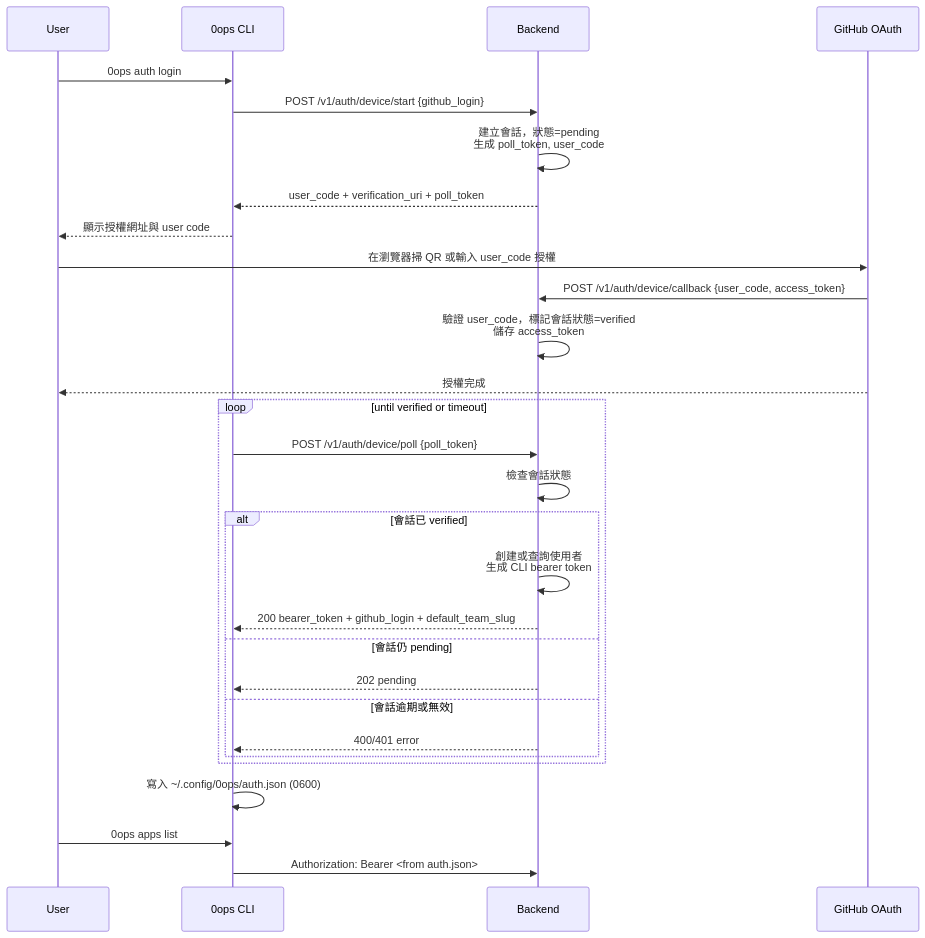
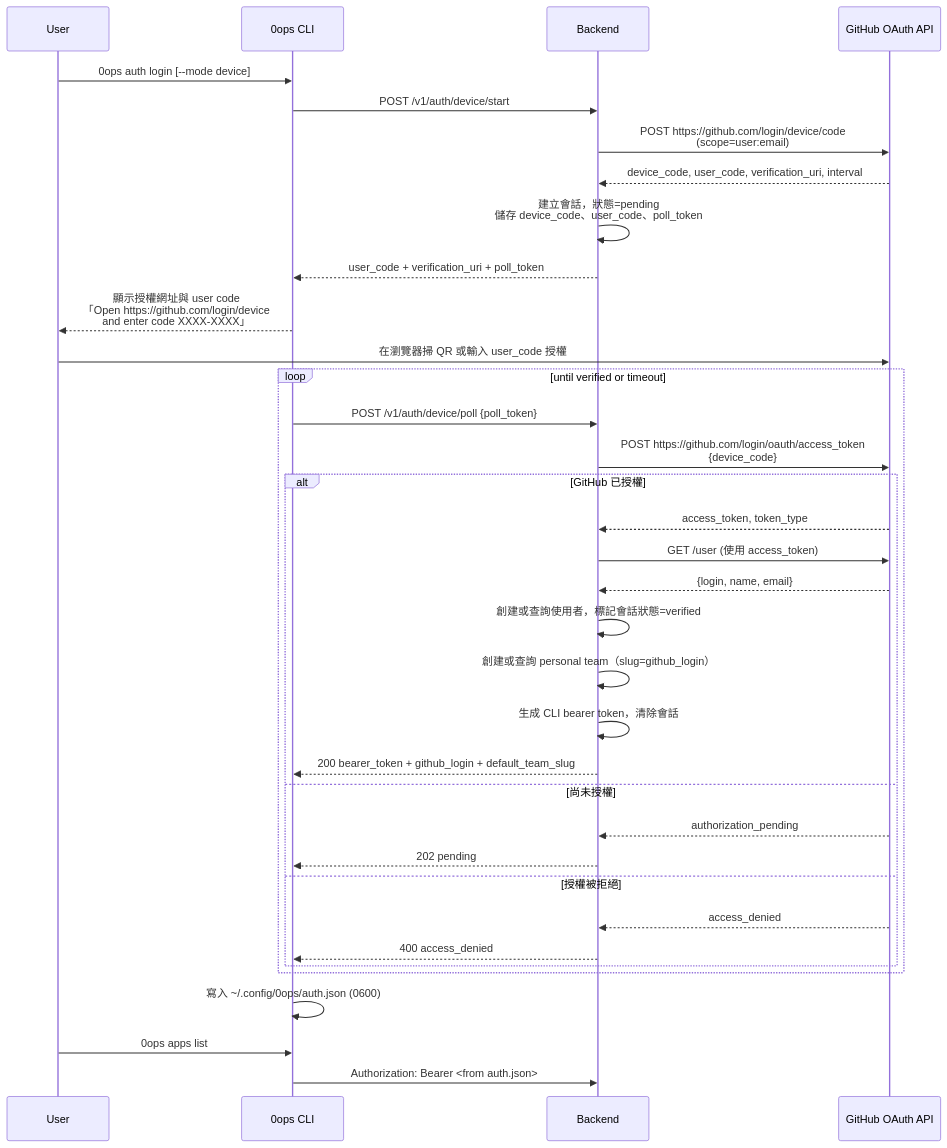
The first of 2 diagrams in docs/features/auth-login-flow/spec.md (wusung/0ops), drawn with Mermaid before and after one commit. The commit also changed other lines of this file and 36 other files, not shown here.

First line of the commit message:
feat: add GitHub App install endpoints (P1d-3)

````diff
--- a/docs/features/auth-login-flow/spec.md
+++ b/docs/features/auth-login-flow/spec.md
@@ -35,32 +46,38 @@
 ```mermaid
 sequenceDiagram
     participant U as User
     participant C as 0ops CLI
     participant B as Backend
-    participant G as GitHub OAuth
+    participant G as GitHub OAuth API
 
-    U->>C: 0ops auth login
-    C->>B: POST /v1/auth/device/start {github_login}
-    B->>B: 建立會話，狀態=pending<br/>生成 poll_token, user_code
+    U->>C: 0ops auth login [--mode device]
+    C->>B: POST /v1/auth/device/start
+    B->>G: POST https://github.com/login/device/code<br/>(scope=user:email)
+    G-->>B: device_code, user_code, verification_uri, interval
+    B->>B: 建立會話，狀態=pending<br/>儲存 device_code、user_code、poll_token
     B-->>C: user_code + verification_uri + poll_token
-    C-->>U: 顯示授權網址與 user code
+    C-->>U: 顯示授權網址與 user code<br/>「Open https://github.com/login/device<br/>and enter code XXXX-XXXX」
     U->>G: 在瀏覽器掃 QR 或輸入 user_code 授權
-    G->>B: POST /v1/auth/device/callback {user_code, access_token}
-    B->>B: 驗證 user_code，標記會話狀態=verified<br/>儲存 access_token
-    G-->>U: 授權完成
     loop until verified or timeout
         C->>B: POST /v1/auth/device/poll {poll_token}
-        B->>B: 檢查會話狀態
-        alt 會話已 verified
-            B->>B: 創建或查詢使用者<br/>生成 CLI bearer token
+        B->>G: POST https://github.com/login/oauth/access_token<br/>{device_code}
+        alt GitHub 已授權
+            G-->>B: access_token, token_type
+            B->>G: GET /user (使用 access_token)
+            G-->>B: {login, name, email}
+            B->>B: 創建或查詢使用者，標記會話狀態=verified
+            B->>B: 創建或查詢 personal team（slug=github_login）
+            B->>B: 生成 CLI bearer token，清除會話
             B-->>C: 200 bearer_token + github_login + default_team_slug
-        else 會話仍 pending
+        else 尚未授權
+            G-->>B: authorization_pending
             B-->>C: 202 pending
-        else 會話逾期或無效
-            B-->>C: 400/401 error
+        else 授權被拒絕
+            G-->>B: access_denied
+            B-->>C: 400 access_denied
         end
     end
     C->>C: 寫入 ~/.config/0ops/auth.json (0600)
     U->>C: 0ops apps list
     C->>B: Authorization: Bearer <from auth.json>
 ```
````
